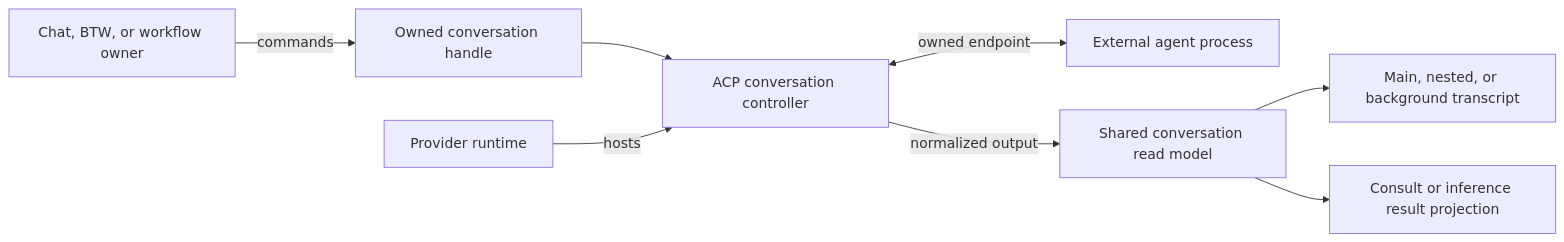
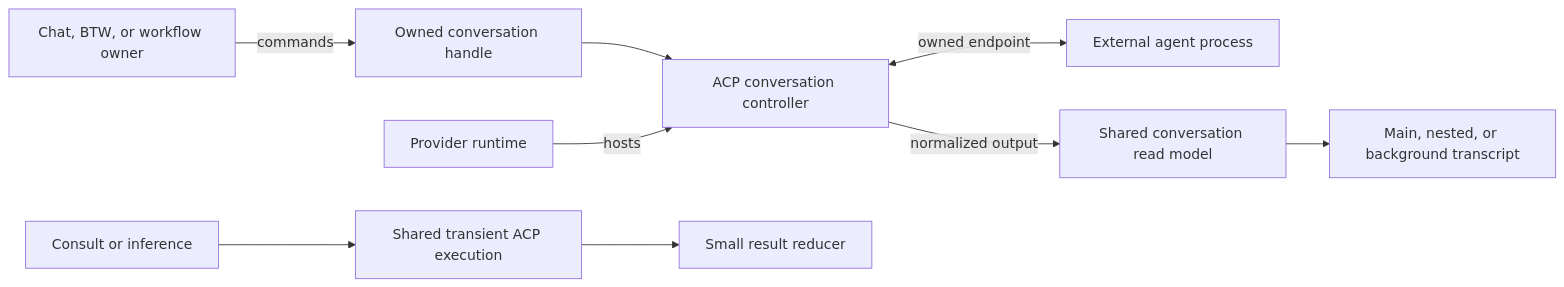
Before and after one commit to Kapps/weavie: the first of 2 diagrams in docs/specs/conversation-layer.md, drawn with Mermaid. The commit also changed other lines of this file, not shown here.

````diff
--- a/docs/specs/conversation-layer.md
+++ b/docs/specs/conversation-layer.md
@@ -42,10 +42,11 @@
 ```mermaid
 flowchart LR
     Consumer[Chat, BTW, or workflow owner] -->|commands| Handle[Owned conversation handle]
     Handle --> Controller[ACP conversation controller]
     Runtime[Provider runtime] -->|hosts| Controller
     Controller <-->|owned endpoint| Process[External agent process]
     Controller -->|normalized output| Model[Shared conversation read model]
     Model --> Pane[Main, nested, or background transcript]
-    Model --> Result[Consult or inference result projection]
+    Query[Consult or inference] --> Transient[Shared transient ACP execution]
+    Transient --> Reducer[Small result reducer]
 ```
````
